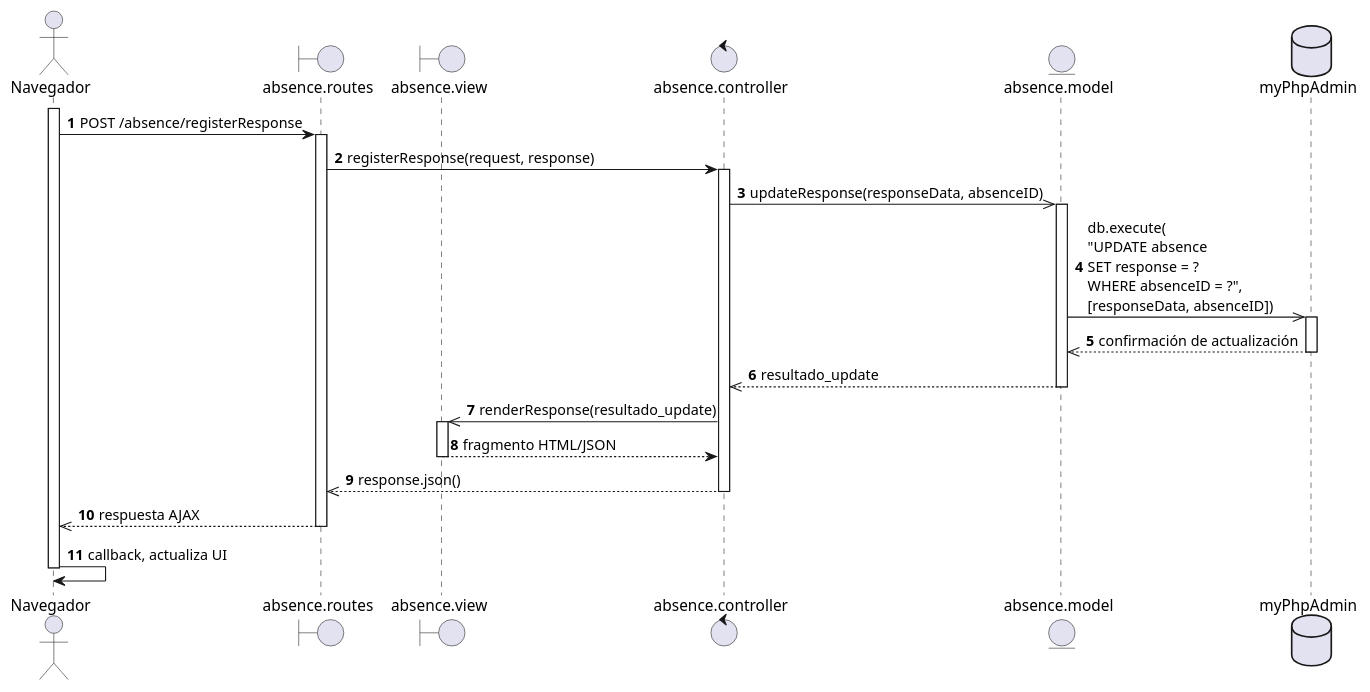
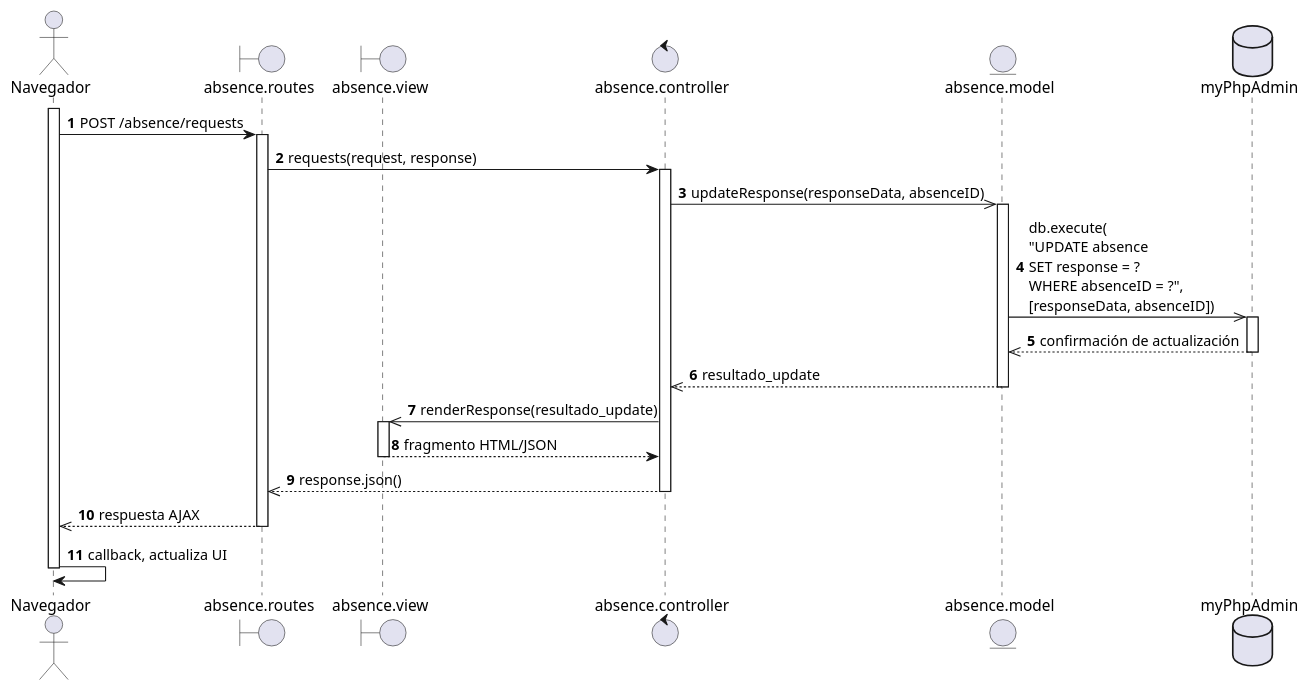
One commit to EdCanCe/WorkCells changed the diagram in diagrams/Casos de Uso/Mauricio/diagrama de secuencia/CU018.puml. Above: the diagram before and after it, drawn with PlantUML. The commit also changed 2 other files, not shown here.

```diff
--- a/diagrams/Casos de Uso/Mauricio/diagrama de secuencia/CU018.puml
+++ b/diagrams/Casos de Uso/Mauricio/diagrama de secuencia/CU018.puml
@@ -1,49 +1,49 @@
 @startuml CU018 - Líder registra respuesta hacia ausencia de colaborador - Diagrama de secuencia
 actor Navegador
 boundary "absence.routes" as Routes
 boundary "absence.view" as View
 control "absence.controller" as Controller
 entity "absence.model" as Model
 database "myPhpAdmin" as DB
 
 autonumber
 
 ' El Navegador envía la petición AJAX para registrar la respuesta a la ausencia
 activate Navegador
-Navegador -> Routes: POST /absence/registerResponse
+Navegador -> Routes: POST /absence/requests
 
 activate Routes
-Routes -> Controller: registerResponse(request, response)
+Routes -> Controller: requests(request, response)
 activate Controller
 
 ' El controlador invoca al modelo para actualizar la respuesta de la ausencia
 Controller ->> Model: updateResponse(responseData, absenceID)
 activate Model
 
 ' El modelo ejecuta la consulta en la base de datos
 Model ->> DB: db.execute(\n"UPDATE absence \nSET response = ? \nWHERE absenceID = ?", \n[responseData, absenceID])
 activate DB
 DB -->> Model: confirmación de actualización
 deactivate DB
 
 Model -->> Controller: resultado_update
 deactivate Model
 
 ' El controlador procesa el resultado y prepara la respuesta para la vista (AJAX JSON o fragmento HTML)
 Controller ->> View: renderResponse(resultado_update)
 activate View
 View --> Controller: fragmento HTML/JSON
 deactivate View
 
 ' El controlador envía la respuesta al router
 Controller -->> Routes: response.json()
 deactivate Controller
 
 Routes -->> Navegador: respuesta AJAX
 deactivate Routes
 
 ' El Navegador procesa la respuesta y actualiza la interfaz
 Navegador -> Navegador: callback, actualiza UI
 deactivate Navegador
 
 @enduml
```
